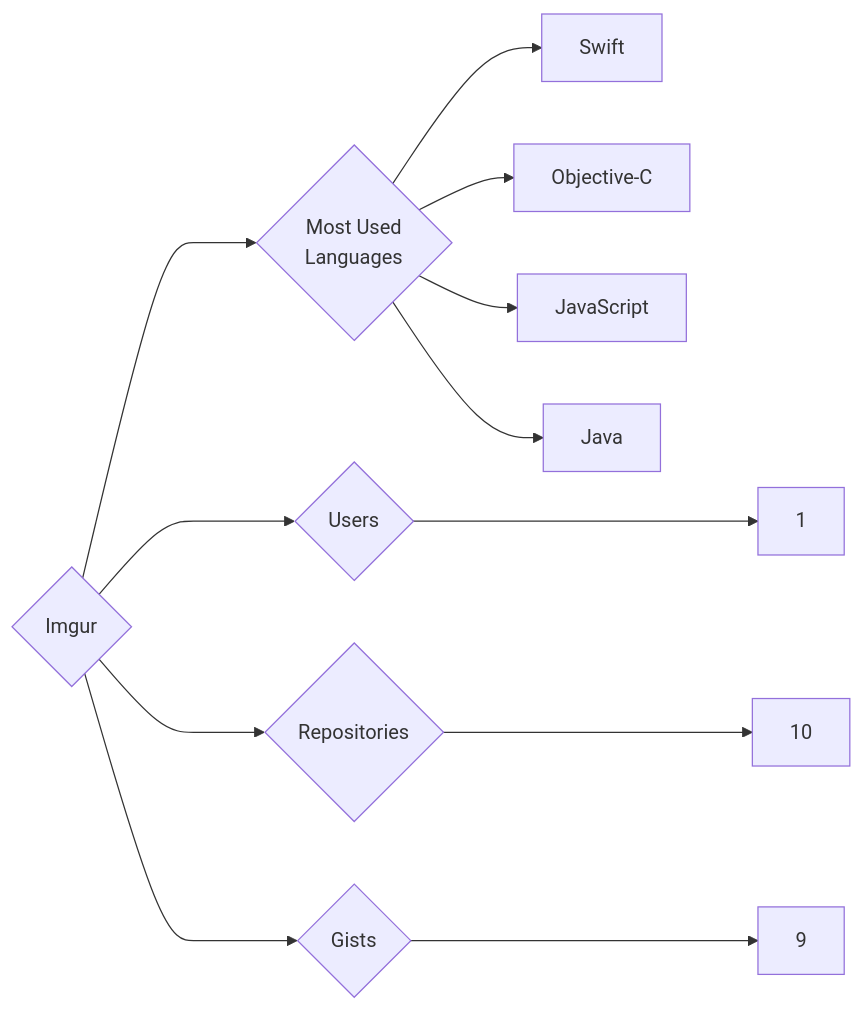
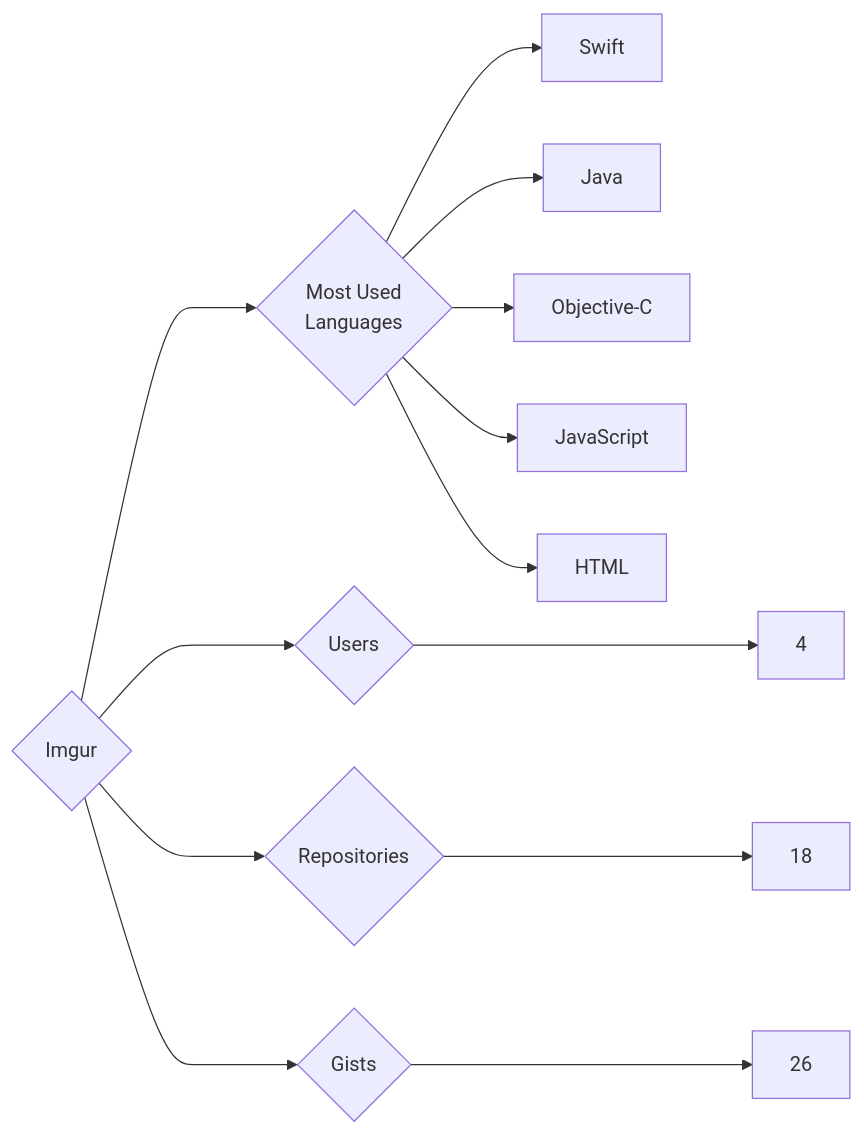
Before and after one commit to trickest/insiders: the diagram in targets/Imgur/README.md, drawn with Mermaid. The commit also changed 872 other files, not shown here.

````diff
--- a/targets/Imgur/README.md
+++ b/targets/Imgur/README.md
@@ -3,12 +3,13 @@
 ```mermaid
 graph LR
 COMPANY_NAME{Imgur}
-COMPANY_NAME ---> U{Users} ---> UN[1]
-COMPANY_NAME ---> R{Repositories} ---> RN[10]
-COMPANY_NAME ---> G{Gists} ---> GN[9]
+COMPANY_NAME ---> U{Users} ---> UN[4]
+COMPANY_NAME ---> R{Repositories} ---> RN[18]
+COMPANY_NAME ---> G{Gists} ---> GN[26]
 COMPANY_NAME ---> ML{Most Used<br>Languages}
 ML --> Swift[Swift]
+ML --> Java[Java]
 ML --> Objective-C[Objective-C]
 ML --> JavaScript[JavaScript]
-ML --> Java[Java]
+ML --> HTML[HTML]
 ```
````
